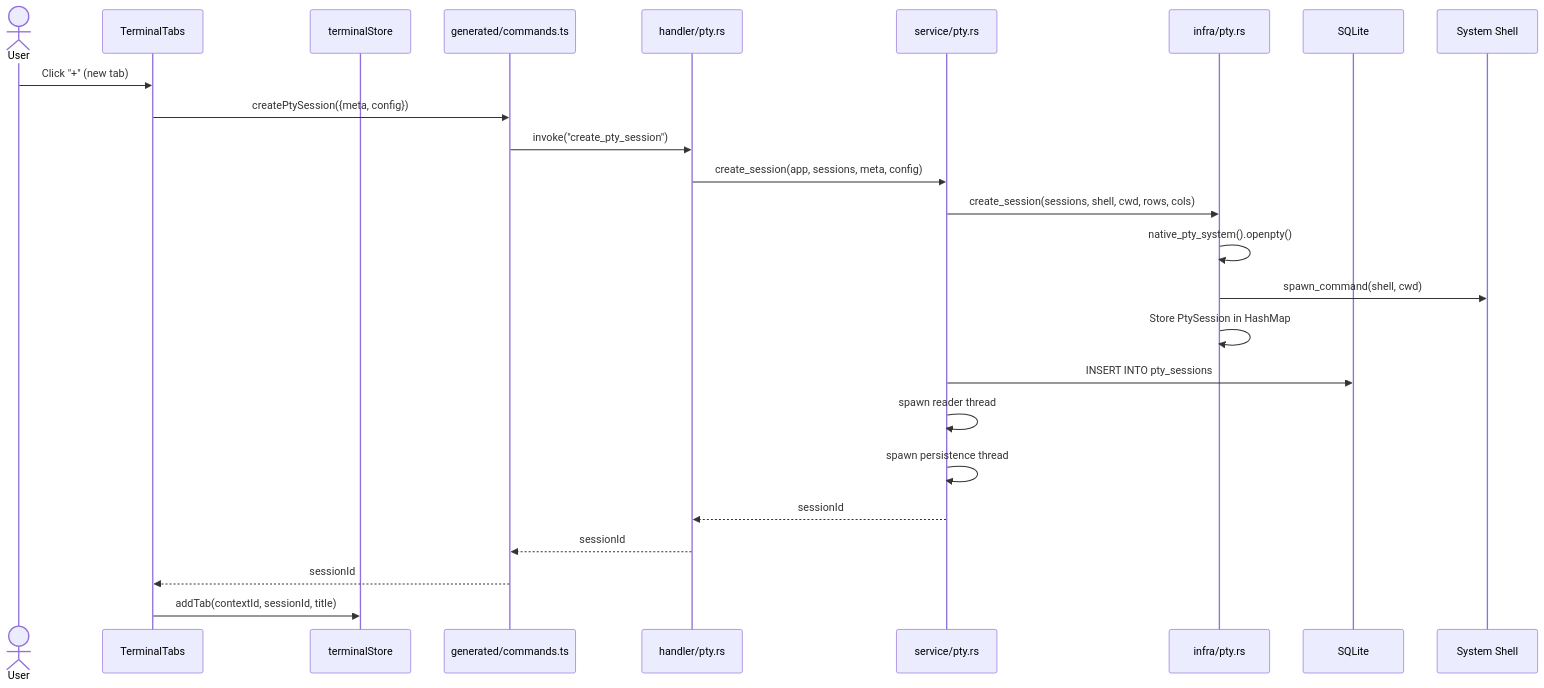
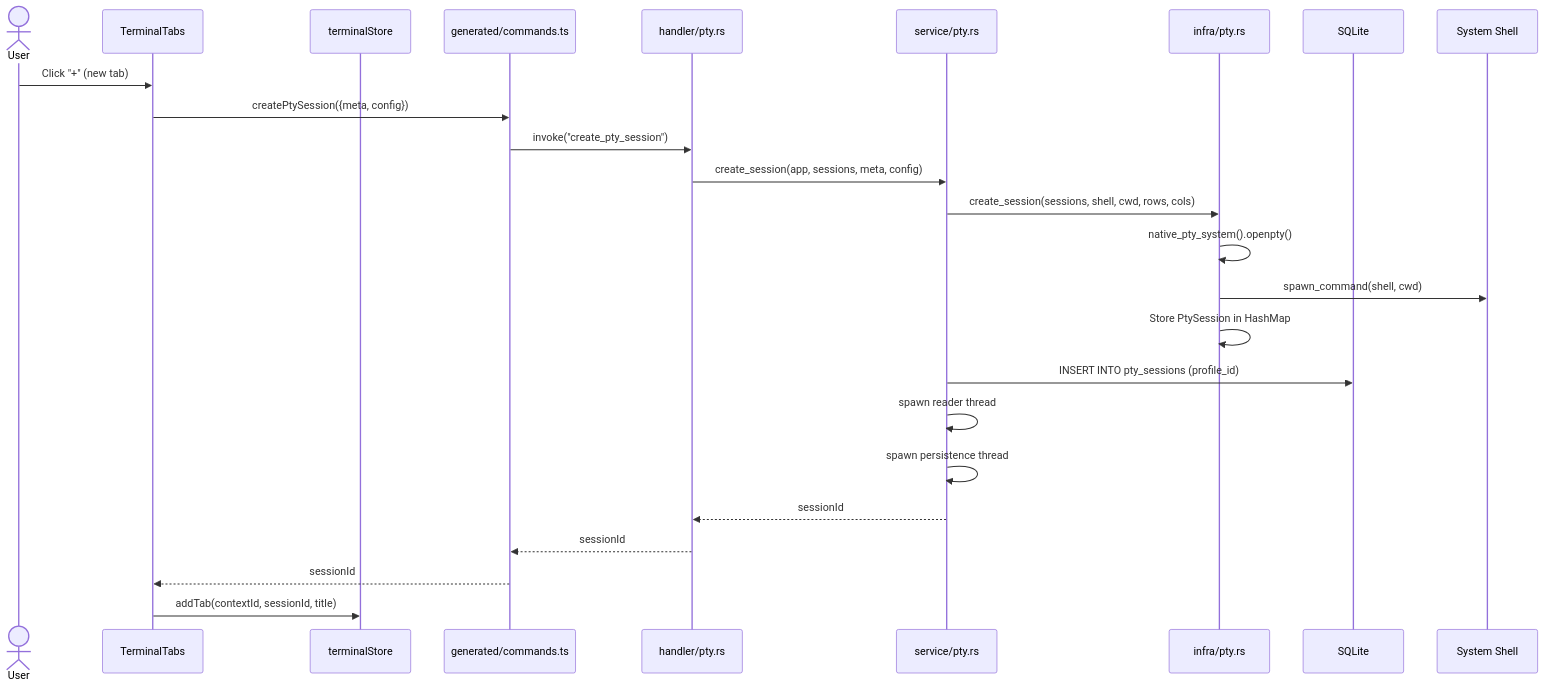
Before and after one commit to AkaraChen/2code: the second of 7 diagrams in docs/data-flow.md, drawn with Mermaid. The commit also changed other lines of this file and 2 other files, not shown here.

First line of the commit message:
docs: update API reference, config, and data flow docs to match codebase

````diff
--- a/docs/data-flow.md
+++ b/docs/data-flow.md
@@ -48,31 +50,31 @@
 ```mermaid
 sequenceDiagram
     actor User
     participant UI as TerminalTabs
     participant Store as terminalStore
     participant Gen as generated/commands.ts
     participant Handler as handler/pty.rs
     participant Service as service/pty.rs
     participant Infra as infra/pty.rs
     participant DB as SQLite
     participant Shell as System Shell
 
     User->>UI: Click "+" (new tab)
     UI->>Gen: createPtySession({meta, config})
     Gen->>Handler: invoke("create_pty_session")
 
     Handler->>Service: create_session(app, sessions, meta, config)
     Service->>Infra: create_session(sessions, shell, cwd, rows, cols)
     Infra->>Infra: native_pty_system().openpty()
     Infra->>Shell: spawn_command(shell, cwd)
     Infra->>Infra: Store PtySession in HashMap
 
-    Service->>DB: INSERT INTO pty_sessions
+    Service->>DB: INSERT INTO pty_sessions (profile_id)
     Service->>Service: spawn reader thread
     Service->>Service: spawn persistence thread
 
     Service-->>Handler: sessionId
     Handler-->>Gen: sessionId
     Gen-->>UI: sessionId
     UI->>Store: addTab(contextId, sessionId, title)
 ```
````
